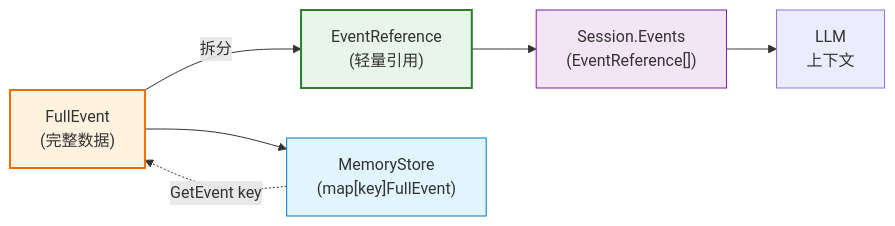
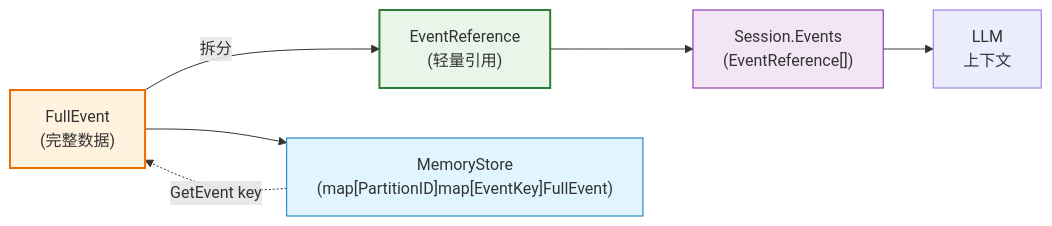
Before and after one commit to SpellingDragon/tagent: the second of 5 diagrams in docs/wiki/memory/memory-architecture.md, drawn with Mermaid. The commit also changed other lines of this file and 53 other files, not shown here.

````diff
--- a/docs/wiki/memory/memory-architecture.md
+++ b/docs/wiki/memory/memory-architecture.md
@@ -134,19 +176,19 @@
 ```mermaid
 graph LR
     FullEvent["FullEvent\n(完整数据)"]
     EventReference["EventReference\n(轻量引用)"]
-    Memory["MemoryStore\n(map[key]FullEvent)"]
+    Memory["MemoryStore\n(map[PartitionID]map[EventKey]FullEvent)"]
     Session["Session.Events\n(EventReference[])"]
     LLM["LLM\n上下文"]
 
     FullEvent -->|拆分| EventReference
     FullEvent --> Memory
     EventReference --> Session
     Session --> LLM
     Memory -.->|GetEvent key| FullEvent
 
     style FullEvent fill:#fff3e0,stroke:#ef6c00,stroke-width:2px
     style EventReference fill:#e8f5e9,stroke:#2e7d32,stroke-width:2px
     style Memory fill:#e1f5ff,stroke:#0277bd
     style Session fill:#f3e5f5,stroke:#7b1fa2
 ```
````
